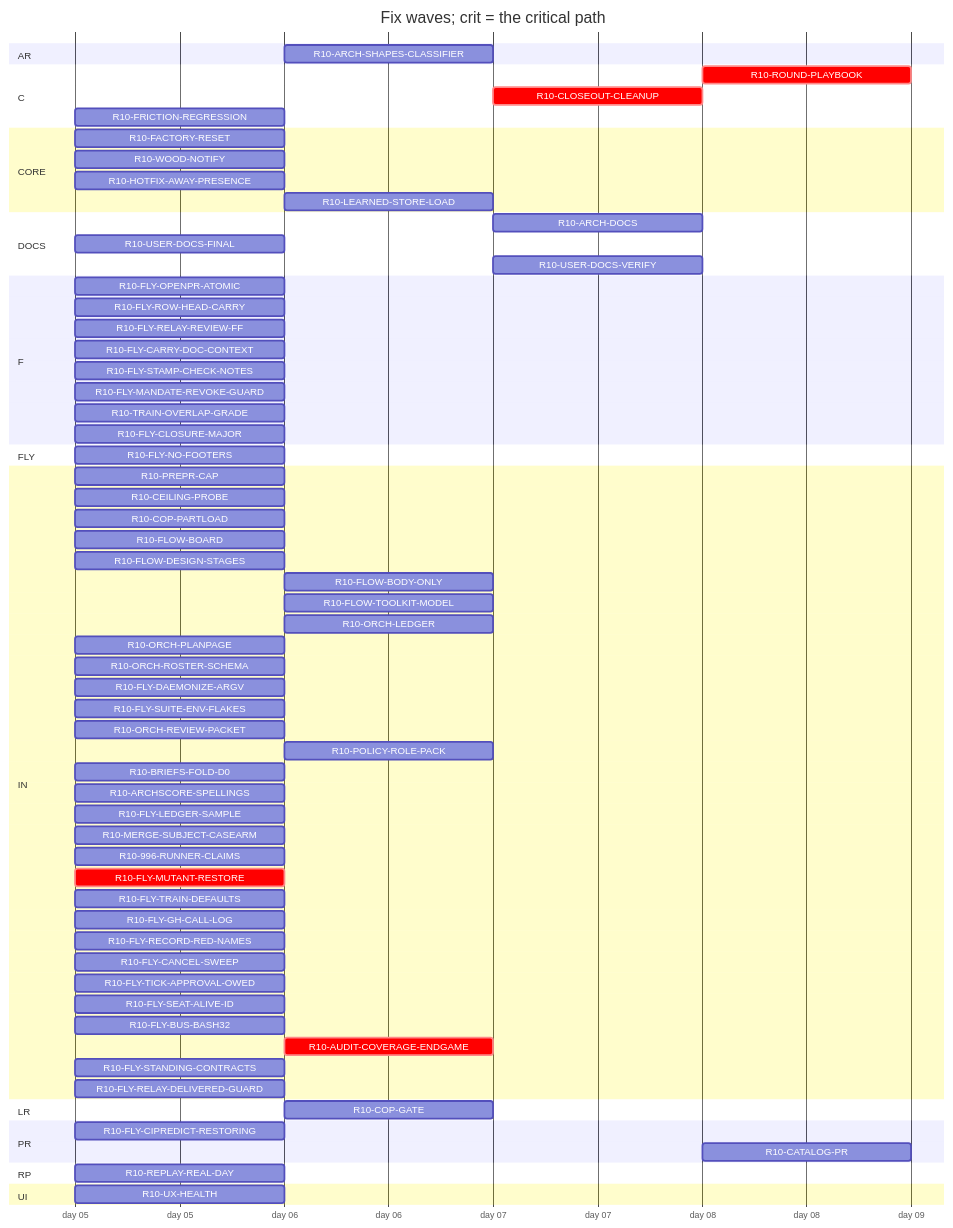
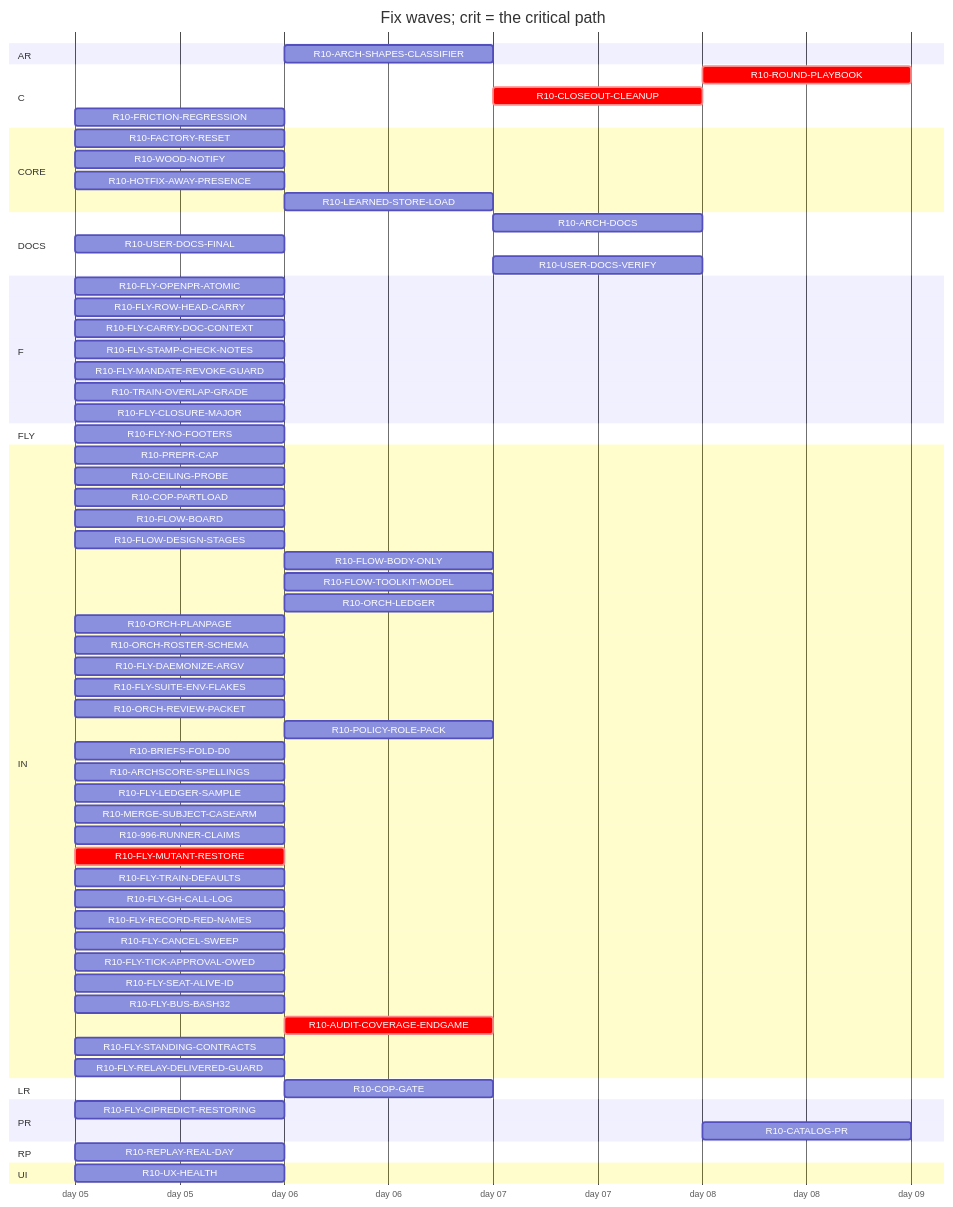
The diagram in handoff/round10/state/PLAN-TABLE.md (tvofi/heatpump_optimizer), drawn with Mermaid before and after one commit. The commit also changed other lines of this file and 1 other file, not shown here.

Commit message:
state: FLOW-BOARD.md, NEXT-SESSION-PROMPT.md, PLAN-TABLE.md, RESUME-CURRENT.md regenerated (state_docs.py)

````diff
--- a/handoff/round10/state/PLAN-TABLE.md
+++ b/handoff/round10/state/PLAN-TABLE.md
@@ -24,72 +24,71 @@
 ```mermaid
 gantt
   title Fix waves; crit = the critical path
   dateFormat YYYY-MM-DD
   axisFormat day %d
   section AR
     R10-ARCH-SHAPES-CLASSIFIER :r10ARCHSHAPESCLASSIFIER, after r10996RUNNERCLAIMS, 1d
   section C
-    R10-ROUND-PLAYBOOK :crit, r10ROUNDPLAYBOOK, after r10ORCHLEDGER r10ORCHPLANPAGE r10FLYRELAYREVIEWFF r10FLOWBODYONLY r10AUDITCOVERAGEENDGAME r10FLOWDESIGNSTAGES r10ORCHROSTERSCHEMA r10FLOWTOOLKITMODEL r10TRAINOVERLAPGRADE r10FLYTRAINDEFAULTS r10FLYCANCELSWEEP r10POLICYROLEPACK r10ORCHREVIEWPACKET r10FLOWBOARD r10CLOSEOUTCLEANUP, 1d
+    R10-ROUND-PLAYBOOK :crit, r10ROUNDPLAYBOOK, after r10ORCHLEDGER r10ORCHPLANPAGE r10FLOWBODYONLY r10AUDITCOVERAGEENDGAME r10FLOWDESIGNSTAGES r10ORCHROSTERSCHEMA r10FLOWTOOLKITMODEL r10TRAINOVERLAPGRADE r10FLYTRAINDEFAULTS r10FLYCANCELSWEEP r10POLICYROLEPACK r10ORCHREVIEWPACKET r10FLOWBOARD r10CLOSEOUTCLEANUP, 1d
     R10-CLOSEOUT-CLEANUP :crit, r10CLOSEOUTCLEANUP, after r10AUDITCOVERAGEENDGAME, 1d
     R10-FRICTION-REGRESSION :r10FRICTIONREGRESSION, 2026-01-05, 1d
   section CORE
     R10-FACTORY-RESET :r10FACTORYRESET, 2026-01-05, 1d
     R10-WOOD-NOTIFY :r10WOODNOTIFY, 2026-01-05, 1d
     R10-HOTFIX-AWAY-PRESENCE :r10HOTFIXAWAYPRESENCE, 2026-01-05, 1d
     R10-LEARNED-STORE-LOAD :r10LEARNEDSTORELOAD, after r10FACTORYRESET, 1d
   section DOCS
-    R10-ARCH-DOCS :r10ARCHDOCS, after r10COPGATE r10UXHEALTH r10CEILINGPROBE r10COPPARTLOAD r10FLOWBOARD r10FLOWDESIGNSTAGES r10FLOWBODYONLY r10FLYOPENPRATOMIC r10FLYROWHEADCARRY r10FLYRELAYREVIEWFF r10FLYCARRYDOCCONTEXT r10FLOWTOOLKITMODEL r10FLYSTAMPCHECKNOTES r10FLYMANDATEREVOKEGUARD r10TRAINOVERLAPGRADE r10FLYSUITEENVFLAKES r10ORCHLEDGER r10ORCHPLANPAGE r10ORCHROSTERSCHEMA r10FLYDAEMONIZEARGV r10ORCHREVIEWPACKET r10POLICYROLEPACK r10BRIEFSFOLDD0 r10REPLAYREALDAY r10ARCHSCORESPELLINGS r10FLYLEDGERSAMPLE, 1d
+    R10-ARCH-DOCS :r10ARCHDOCS, after r10COPGATE r10UXHEALTH r10CEILINGPROBE r10COPPARTLOAD r10FLOWBOARD r10FLOWDESIGNSTAGES r10FLOWBODYONLY r10FLYOPENPRATOMIC r10FLYROWHEADCARRY r10FLYCARRYDOCCONTEXT r10FLOWTOOLKITMODEL r10FLYSTAMPCHECKNOTES r10FLYMANDATEREVOKEGUARD r10TRAINOVERLAPGRADE r10FLYSUITEENVFLAKES r10ORCHLEDGER r10ORCHPLANPAGE r10ORCHROSTERSCHEMA r10FLYDAEMONIZEARGV r10ORCHREVIEWPACKET r10POLICYROLEPACK r10BRIEFSFOLDD0 r10REPLAYREALDAY r10ARCHSCORESPELLINGS r10FLYLEDGERSAMPLE, 1d
     R10-USER-DOCS-FINAL :r10USERDOCSFINAL, 2026-01-05, 1d
     R10-USER-DOCS-VERIFY :r10USERDOCSVERIFY, after r10COPGATE r10UXHEALTH r10CEILINGPROBE r10COPPARTLOAD r10FACTORYRESET r10WOODNOTIFY r10USERDOCSFINAL r10ARCHSHAPESCLASSIFIER r10HOTFIXAWAYPRESENCE, 1d
   section F
     R10-FLY-OPENPR-ATOMIC :r10FLYOPENPRATOMIC, 2026-01-05, 1d
     R10-FLY-ROW-HEAD-CARRY :r10FLYROWHEADCARRY, 2026-01-05, 1d
-    R10-FLY-RELAY-REVIEW-FF :r10FLYRELAYREVIEWFF, 2026-01-05, 1d
     R10-FLY-CARRY-DOC-CONTEXT :r10FLYCARRYDOCCONTEXT, 2026-01-05, 1d
     R10-FLY-STAMP-CHECK-NOTES :r10FLYSTAMPCHECKNOTES, 2026-01-05, 1d
     R10-FLY-MANDATE-REVOKE-GUARD :r10FLYMANDATEREVOKEGUARD, 2026-01-05, 1d
     R10-TRAIN-OVERLAP-GRADE :r10TRAINOVERLAPGRADE, 2026-01-05, 1d
     R10-FLY-CLOSURE-MAJOR :r10FLYCLOSUREMAJOR, 2026-01-05, 1d
   section FLY
     R10-FLY-NO-FOOTERS :r10FLYNOFOOTERS, 2026-01-05, 1d
   section IN
     R10-PREPR-CAP :r10PREPRCAP, 2026-01-05, 1d
     R10-CEILING-PROBE :r10CEILINGPROBE, 2026-01-05, 1d
     R10-COP-PARTLOAD :r10COPPARTLOAD, 2026-01-05, 1d
     R10-FLOW-BOARD :r10FLOWBOARD, 2026-01-05, 1d
     R10-FLOW-DESIGN-STAGES :r10FLOWDESIGNSTAGES, 2026-01-05, 1d
     R10-FLOW-BODY-ONLY :r10FLOWBODYONLY, after r10FLYOPENPRATOMIC, 1d
     R10-FLOW-TOOLKIT-MODEL :r10FLOWTOOLKITMODEL, after r10ORCHPLANPAGE r10FLYCANCELSWEEP, 1d
     R10-ORCH-LEDGER :r10ORCHLEDGER, after r10FLYCANCELSWEEP, 1d
     R10-ORCH-PLANPAGE :r10ORCHPLANPAGE, 2026-01-05, 1d
     R10-ORCH-ROSTER-SCHEMA :r10ORCHROSTERSCHEMA, 2026-01-05, 1d
     R10-FLY-DAEMONIZE-ARGV :r10FLYDAEMONIZEARGV, 2026-01-05, 1d
     R10-FLY-SUITE-ENV-FLAKES :r10FLYSUITEENVFLAKES, 2026-01-05, 1d
     R10-ORCH-REVIEW-PACKET :r10ORCHREVIEWPACKET, 2026-01-05, 1d
     R10-POLICY-ROLE-PACK :r10POLICYROLEPACK, after r10FLOWDESIGNSTAGES, 1d
     R10-BRIEFS-FOLD-D0 :r10BRIEFSFOLDD0, 2026-01-05, 1d
     R10-ARCHSCORE-SPELLINGS :r10ARCHSCORESPELLINGS, 2026-01-05, 1d
     R10-FLY-LEDGER-SAMPLE :r10FLYLEDGERSAMPLE, 2026-01-05, 1d
     R10-MERGE-SUBJECT-CASEARM :r10MERGESUBJECTCASEARM, 2026-01-05, 1d
     R10-996-RUNNER-CLAIMS :r10996RUNNERCLAIMS, 2026-01-05, 1d
     R10-FLY-MUTANT-RESTORE :crit, r10FLYMUTANTRESTORE, 2026-01-05, 1d
     R10-FLY-TRAIN-DEFAULTS :r10FLYTRAINDEFAULTS, 2026-01-05, 1d
     R10-FLY-GH-CALL-LOG :r10FLYGHCALLLOG, 2026-01-05, 1d
     R10-FLY-RECORD-RED-NAMES :r10FLYRECORDREDNAMES, 2026-01-05, 1d
     R10-FLY-CANCEL-SWEEP :r10FLYCANCELSWEEP, 2026-01-05, 1d
     R10-FLY-TICK-APPROVAL-OWED :r10FLYTICKAPPROVALOWED, 2026-01-05, 1d
     R10-FLY-SEAT-ALIVE-ID :r10FLYSEATALIVEID, 2026-01-05, 1d
     R10-FLY-BUS-BASH32 :r10FLYBUSBASH32, 2026-01-05, 1d
     R10-AUDIT-COVERAGE-ENDGAME :crit, r10AUDITCOVERAGEENDGAME, after r10FLYMUTANTRESTORE r10996RUNNERCLAIMS, 1d
     R10-FLY-STANDING-CONTRACTS :r10FLYSTANDINGCONTRACTS, 2026-01-05, 1d
     R10-FLY-RELAY-DELIVERED-GUARD :r10FLYRELAYDELIVEREDGUARD, 2026-01-05, 1d
   section LR
     R10-COP-GATE :r10COPGATE, after r10CEILINGPROBE, 1d
   section PR
     R10-FLY-CIPREDICT-RESTORING :r10FLYCIPREDICTRESTORING, 2026-01-05, 1d
     R10-CATALOG-PR :r10CATALOGPR, after r10USERDOCSVERIFY r10AUDITCOVERAGEENDGAME, 1d
   section RP
     R10-REPLAY-REAL-DAY :r10REPLAYREALDAY, 2026-01-05, 1d
   section UI
     R10-UX-HEALTH :r10UXHEALTH, 2026-01-05, 1d
 ```
````
